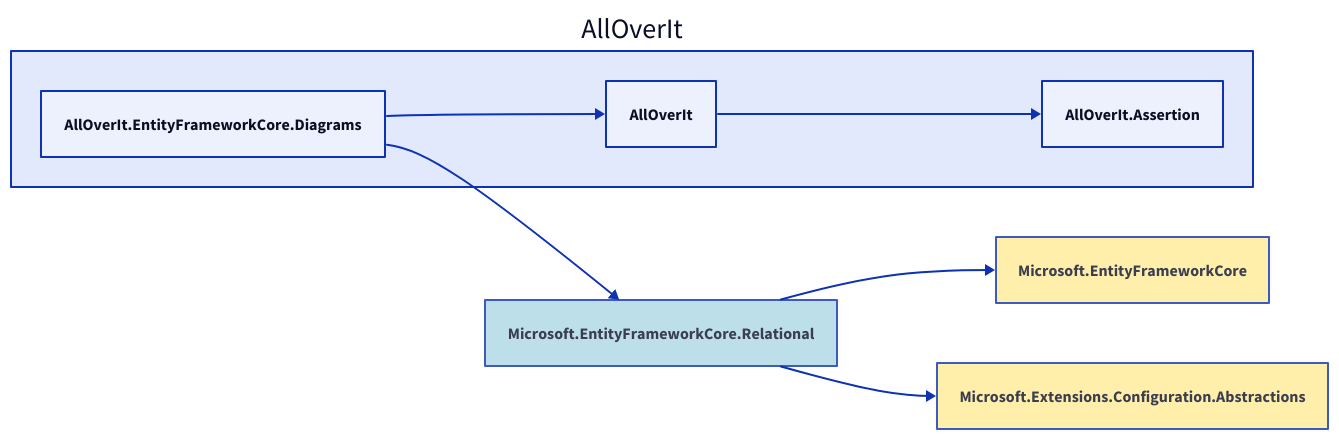
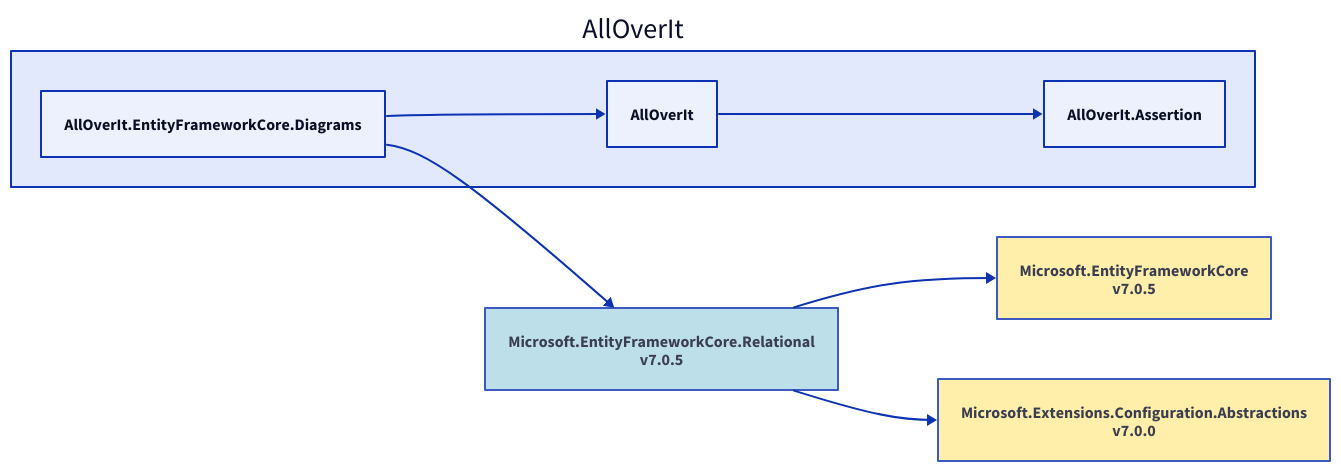
Before and after one commit to nickathone/AllOverIt: the diagram in Docs/Dependencies/alloverit-entityframeworkcore-diagrams.d2, drawn with D2. The commit also changed 62 other files, not shown here.

```diff
--- a/Docs/Dependencies/alloverit-entityframeworkcore-diagrams.d2
+++ b/Docs/Dependencies/alloverit-entityframeworkcore-diagrams.d2
@@ -1,20 +1,20 @@
 direction: right
 
 aoi: AllOverIt
 aoi.alloverit-entityframeworkcore-diagrams: AllOverIt.EntityFrameworkCore.Diagrams
-microsoft-entityframeworkcore-relational: Microsoft.EntityFrameworkCore.Relational
-microsoft-entityframeworkcore-relational.style.fill: "#ADD8E6"
-microsoft-entityframeworkcore-relational.style.opacity: 0.8
-microsoft-entityframeworkcore: Microsoft.EntityFrameworkCore
-microsoft-entityframeworkcore.style.fill: "#FFEC96"
-microsoft-entityframeworkcore.style.opacity: 0.8
-microsoft-entityframeworkcore <- microsoft-entityframeworkcore-relational
-microsoft-extensions-configuration-abstractions: Microsoft.Extensions.Configuration.Abstractions
-microsoft-extensions-configuration-abstractions.style.fill: "#FFEC96"
-microsoft-extensions-configuration-abstractions.style.opacity: 0.8
-microsoft-extensions-configuration-abstractions <- microsoft-entityframeworkcore-relational
-microsoft-entityframeworkcore-relational <- aoi.alloverit-entityframeworkcore-diagrams
+microsoft-entityframeworkcore-relational_7-0-5: Microsoft.EntityFrameworkCore.Relational\nv7.0.5
+microsoft-entityframeworkcore-relational_7-0-5.style.fill: "#ADD8E6"
+microsoft-entityframeworkcore-relational_7-0-5.style.opacity: 0.8
+microsoft-entityframeworkcore_7-0-5: Microsoft.EntityFrameworkCore\nv7.0.5
+microsoft-entityframeworkcore_7-0-5.style.fill: "#FFEC96"
+microsoft-entityframeworkcore_7-0-5.style.opacity: 0.8
+microsoft-entityframeworkcore_7-0-5 <- microsoft-entityframeworkcore-relational_7-0-5
+microsoft-extensions-configuration-abstractions_7-0-0: Microsoft.Extensions.Configuration.Abstractions\nv7.0.0
+microsoft-extensions-configuration-abstractions_7-0-0.style.fill: "#FFEC96"
+microsoft-extensions-configuration-abstractions_7-0-0.style.opacity: 0.8
+microsoft-extensions-configuration-abstractions_7-0-0 <- microsoft-entityframeworkcore-relational_7-0-5
+microsoft-entityframeworkcore-relational_7-0-5 <- aoi.alloverit-entityframeworkcore-diagrams
 aoi.alloverit: AllOverIt
 aoi.alloverit-assertion: AllOverIt.Assertion
 aoi.alloverit-assertion <- aoi.alloverit
 aoi.alloverit <- aoi.alloverit-entityframeworkcore-diagrams
```
